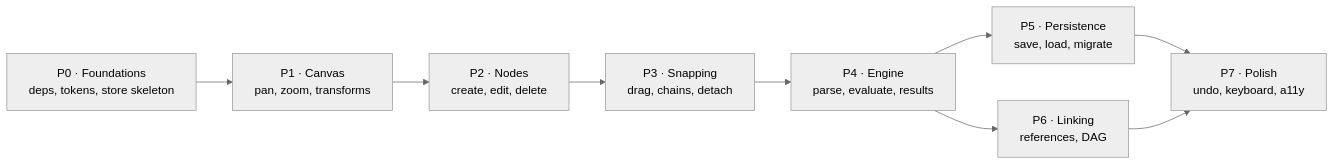
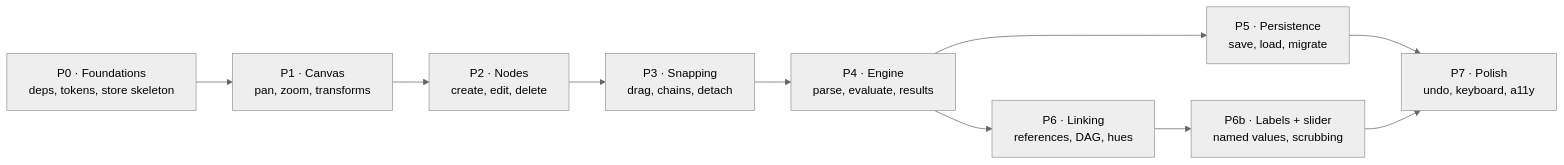
One commit to tousifosman/CalcMind changed the ninth of 9 diagrams in docs/ARCHITECTURE.md. Above: the diagram before and after it, drawn with Mermaid (neutral theme). The commit also changed other lines of this file, not shown here.

````diff
--- a/docs/ARCHITECTURE.md
+++ b/docs/ARCHITECTURE.md
@@ -985,11 +1076,12 @@
 ```mermaid
 flowchart LR
     P0["P0 · Foundations<br/>deps, tokens, store skeleton"] --> P1["P1 · Canvas<br/>pan, zoom, transforms"]
     P1 --> P2["P2 · Nodes<br/>create, edit, delete"]
     P2 --> P3["P3 · Snapping<br/>drag, chains, detach"]
     P3 --> P4["P4 · Engine<br/>parse, evaluate, results"]
     P4 --> P5["P5 · Persistence<br/>save, load, migrate"]
-    P4 --> P6["P6 · Linking<br/>references, DAG"]
+    P4 --> P6["P6 · Linking<br/>references, DAG, hues"]
+    P6 --> P6b["P6b · Labels + slider<br/>named values, scrubbing"]
     P5 --> P7["P7 · Polish<br/>undo, keyboard, a11y"]
-    P6 --> P7
+    P6b --> P7
 ```
````
